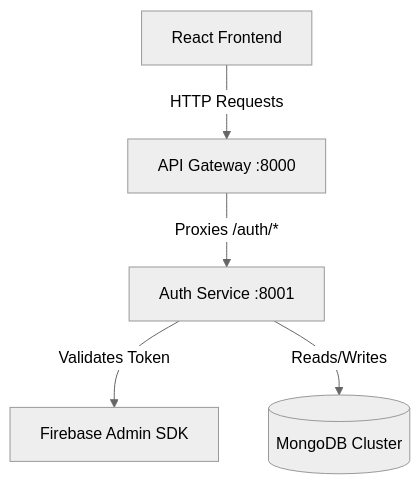
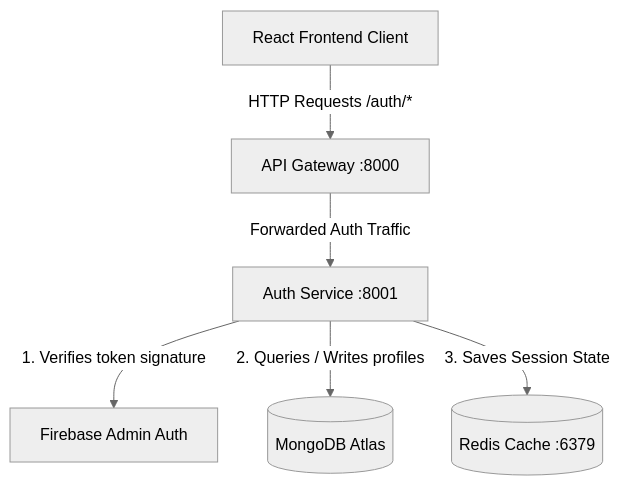
The first of 2 diagrams in README.md (RajChaudhary7706/MultiAgentX), drawn with Mermaid (neutral theme) before and after one commit. The commit also changed other lines of this file, not shown here.

````diff
--- a/README.md
+++ b/README.md
@@ -85,7 +109,8 @@
 ```mermaid
 graph TD
-    Client[React Frontend] -->|HTTP Requests| Gateway[API Gateway :8000]
-    Gateway -->|Proxies /auth/*| AuthService[Auth Service :8001]
-    AuthService -->|Validates Token| Firebase[Firebase Admin SDK]
-    AuthService -->|Reads/Writes| MongoDB[(MongoDB Cluster)]
+    Client[React Frontend Client] -->|HTTP Requests /auth/*| Gateway[API Gateway :8000]
+    Gateway -->|Forwarded Auth Traffic| AuthService[Auth Service :8001]
+    AuthService -->|1. Verifies token signature| Firebase[Firebase Admin Auth]
+    AuthService -->|2. Queries / Writes profiles| MongoDB[(MongoDB Atlas)]
+    AuthService -->|3. Saves Session State| Redis[(Redis Cache :6379)]
 ```
````
